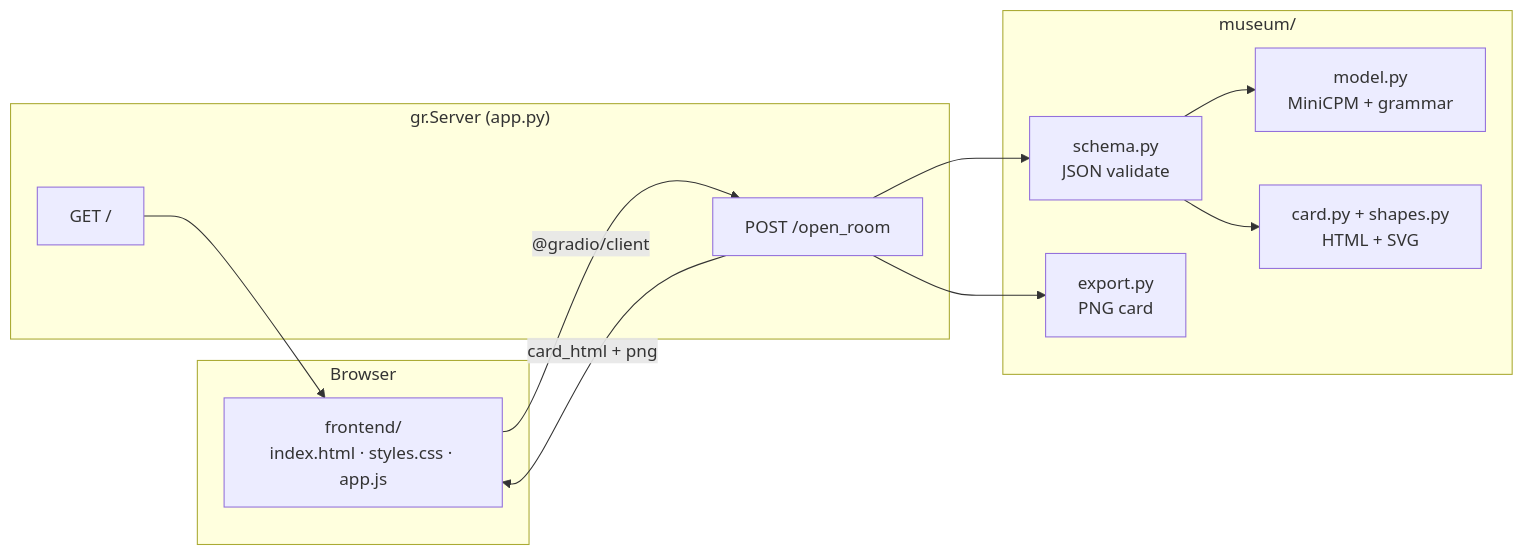
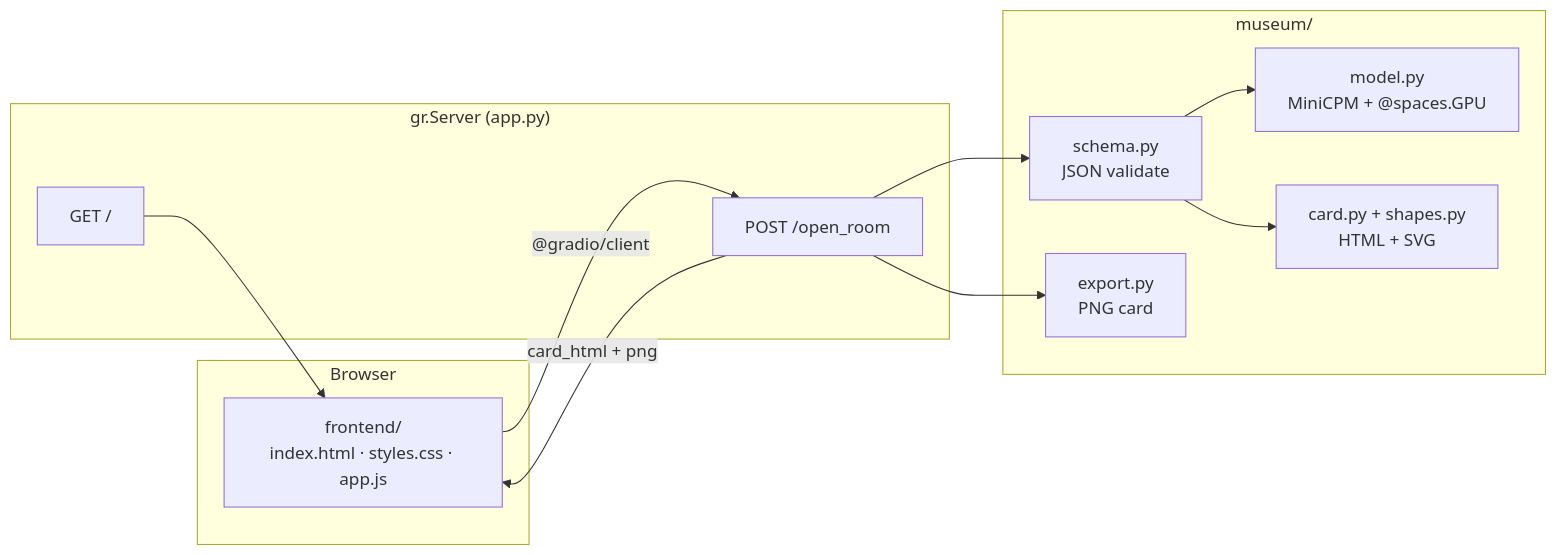
The diagram in README.md (Rime504/museum-of-unlived-lives), drawn with Mermaid before and after one commit. The commit also changed other lines of this file and 2 other files, not shown here.

First line of the commit message:
Add ZeroGPU support for hackathon org Space

````diff
--- a/README.md
+++ b/README.md
@@ -28,26 +27,26 @@
 ```mermaid
 flowchart LR
   subgraph client["Browser"]
     UI["frontend/<br/>index.html · styles.css · app.js"]
   end
 
   subgraph server["gr.Server (app.py)"]
     GET["GET /"]
     API["POST /open_room"]
   end
 
   subgraph museum["museum/"]
     SCHEMA["schema.py<br/>JSON validate"]
-    MODEL["model.py<br/>MiniCPM + grammar"]
+    MODEL["model.py<br/>MiniCPM + @spaces.GPU"]
     CARD["card.py + shapes.py<br/>HTML + SVG"]
     EXPORT["export.py<br/>PNG card"]
   end
 
   UI -->|"@gradio/client"| API
   GET --> UI
   API --> SCHEMA
   SCHEMA --> MODEL
   SCHEMA --> CARD
   API --> EXPORT
   API -->|"card_html + png"| UI
 ```
````
